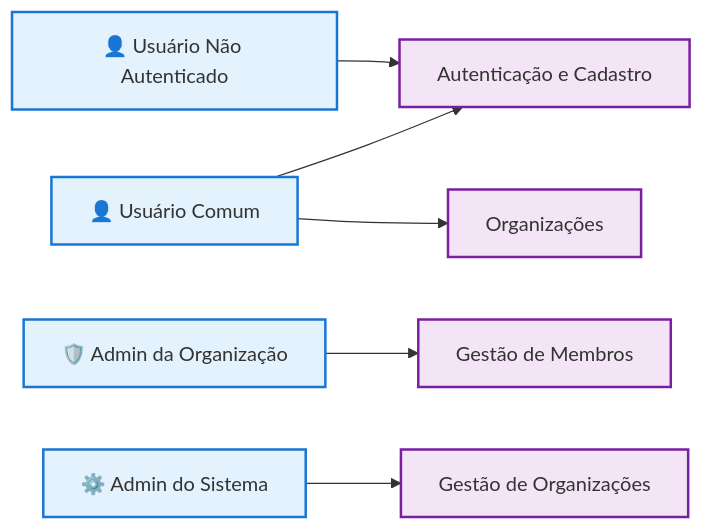
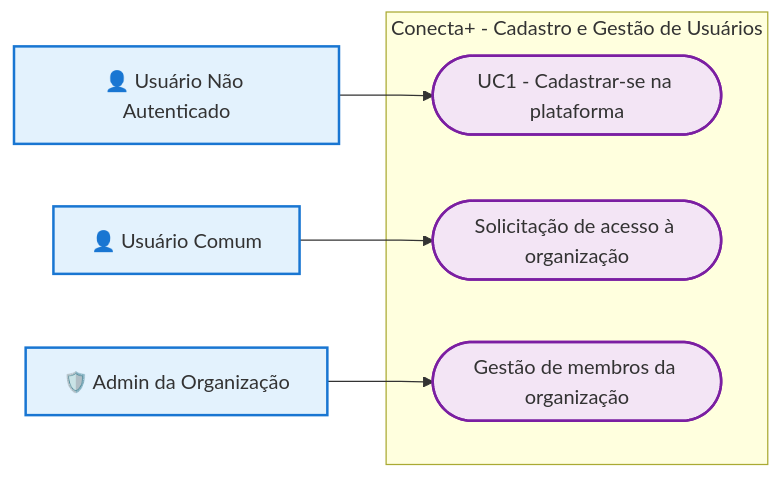
One commit to MrLucasMoreira/PDSI-Conecta- changed the first of 4 diagrams in docs/cadastro-usuario/1 - casos-uso-cadastro-usuario.md. Above: the diagram before and after it, drawn with Mermaid. The commit also changed other lines of this file and 7 other files, not shown here.

Commit message:
fix: Resumo nos arquivos de docs, da pasta cadastro-usuario

````diff
--- a/docs/cadastro-usuario/1 - casos-uso-cadastro-usuario.md
+++ b/docs/cadastro-usuario/1 - casos-uso-cadastro-usuario.md
@@ -5,24 +12,22 @@
 ```mermaid
 flowchart LR
     Anon["👤 Usuário Não Autenticado"]
     Usuario["👤 Usuário Comum"]
     AdminOrg["🛡️ Admin da Organização"]
-    AdminSistema["⚙️ Admin do Sistema"]
 
-    Auth["Autenticação e Cadastro"]
-    Org["Organizações"]
-    Membros["Gestão de Membros"]
-    GestaoOrg["Gestão de Organizações"]
+    subgraph Sistema["Conecta+ - Cadastro e Gestão de Usuários"]
+        Cadastro(["UC1 - Cadastrar-se na plataforma"])
+        Acesso(["Solicitação de acesso à organização"])
+        Gestao(["Gestão de membros da organização"])
+    end
 
-    Anon --> Auth
-    Usuario --> Auth
-    Usuario --> Org
-    AdminOrg --> Membros
-    AdminSistema --> GestaoOrg
+    Anon --> Cadastro
+    Usuario --> Acesso
+    AdminOrg --> Gestao
 
     classDef actor fill:#e3f2fd,stroke:#1976d2,stroke-width:2px;
     classDef modulo fill:#f3e5f5,stroke:#7b1fa2,stroke-width:2px;
 
-    class Anon,Usuario,AdminOrg,AdminSistema actor;
-    class Auth,Org,Membros,GestaoOrg modulo;
+    class Anon,Usuario,AdminOrg actor;
+    class Cadastro,Acesso,Gestao modulo;
 ```
````
